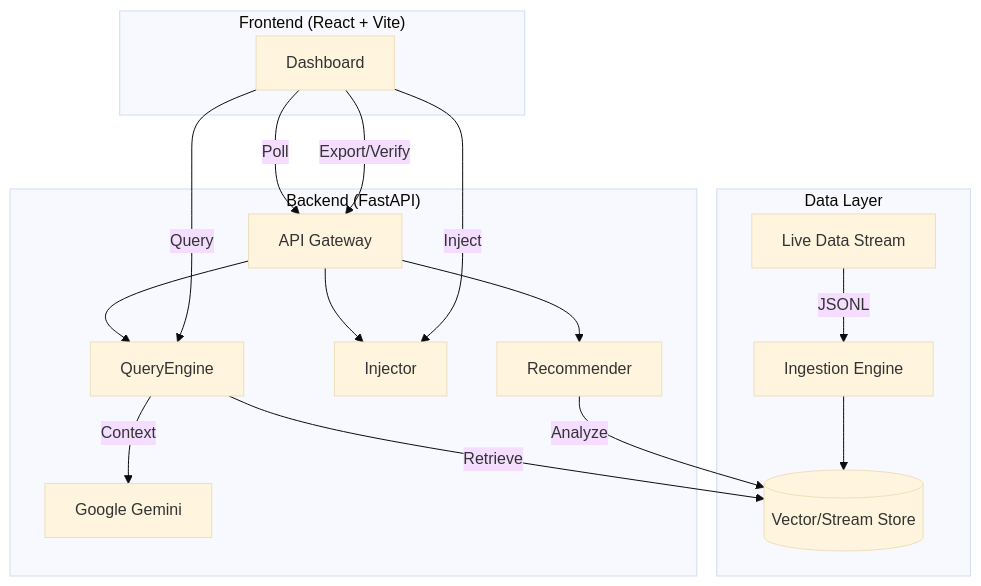
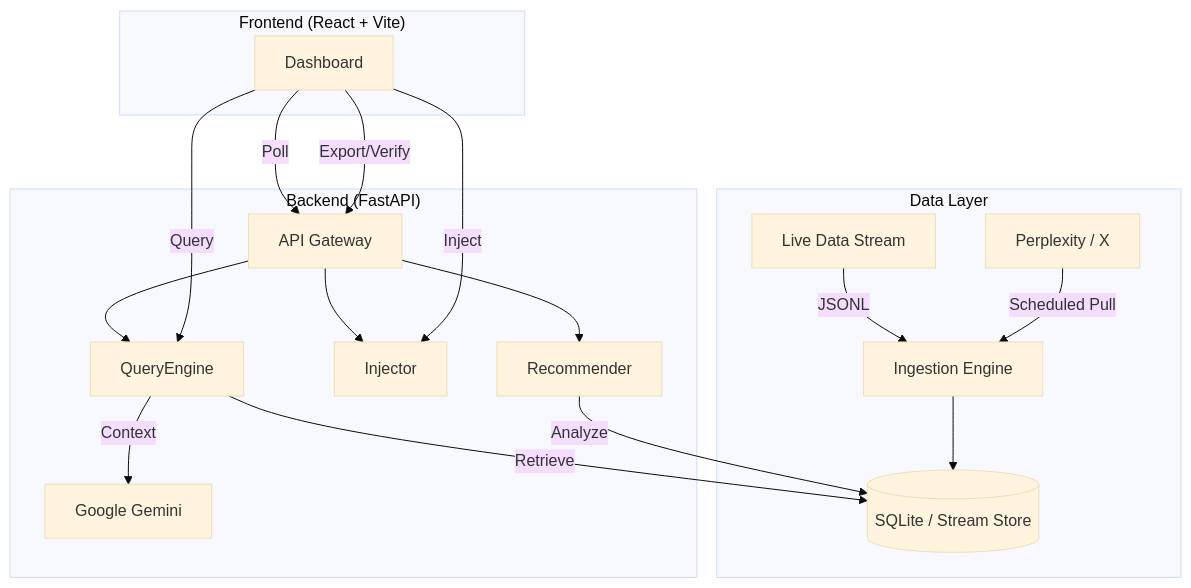
Before and after one commit to SanskarG-20/SiliconPulse---DataQuest-2026: the diagram in README.md, drawn with Mermaid (base theme). The commit also changed other lines of this file, not shown here.

````diff
--- a/README.md
+++ b/README.md
@@ -55,23 +60,24 @@
 ```mermaid
 graph TD
     subgraph "Data Layer"
         Stream[Live Data Stream] --> |JSONL| Ingest[Ingestion Engine]
-        Ingest --> Storage[(Vector/Stream Store)]
+        Ingest --> Storage[(SQLite / Stream Store)]
+        Sources[Perplexity / X] --> |Scheduled Pull| Ingest
     end
 
     subgraph "Backend (FastAPI)"
         API[API Gateway] --> QueryEngine
         API --> Injector
         API --> Recommender
         QueryEngine --> |Retrieve| Storage
         QueryEngine --> |Context| LLM[Google Gemini]
         Recommender --> |Analyze| Storage
     end
 
     subgraph "Frontend (React + Vite)"
         UI[Dashboard] --> |Poll| API
         UI --> |Inject| Injector
         UI --> |Query| QueryEngine
         UI --> |Export/Verify| API
     end
 ```
````
